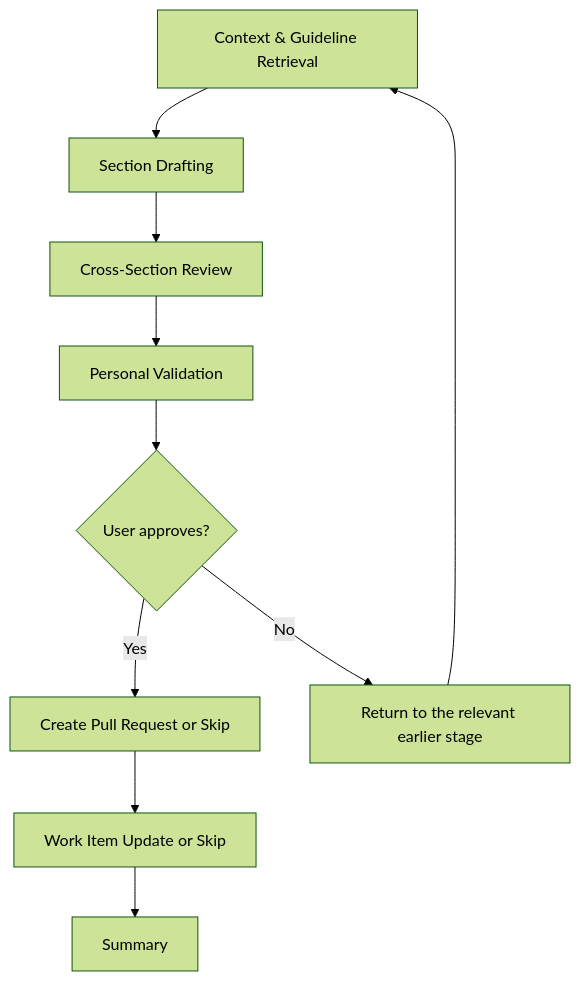
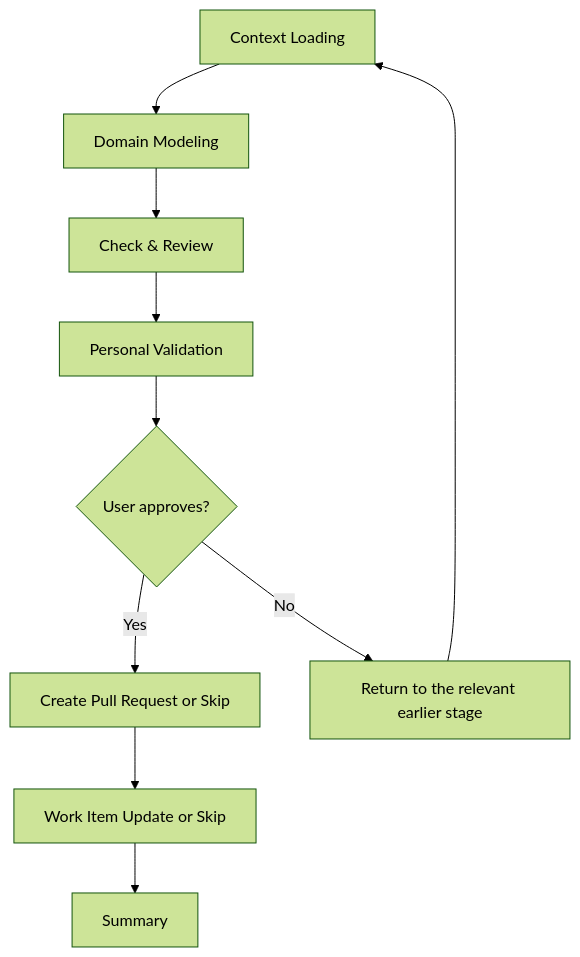
Before and after one commit to JSdotNet/ai-agent-stack: the seventh of 16 diagrams in plugins/delivery/resources/delivery-flow-diagrams.md, drawn with Mermaid (forest theme). The commit also changed other lines of this file and 27 other files, not shown here.

````diff
--- a/plugins/delivery/resources/delivery-flow-diagrams.md
+++ b/plugins/delivery/resources/delivery-flow-diagrams.md
@@ -201,12 +201,12 @@
 ```mermaid
 flowchart TD
-    A["Context & Guideline Retrieval"] --> B["Section Drafting"]
-    B --> C["Cross-Section Review"]
+    A["Context Loading"] --> B["Domain Modeling"]
+    B --> C["Check & Review"]
     C --> D["Personal Validation"]
     D --> E{User approves?}
     E -->|Yes| F["Create Pull Request or Skip"]
     E -->|No| G["Return to the relevant earlier stage"]
     G --> A
     F --> U["Work Item Update or Skip"]
     U --> H["Summary"]
 ```
````
